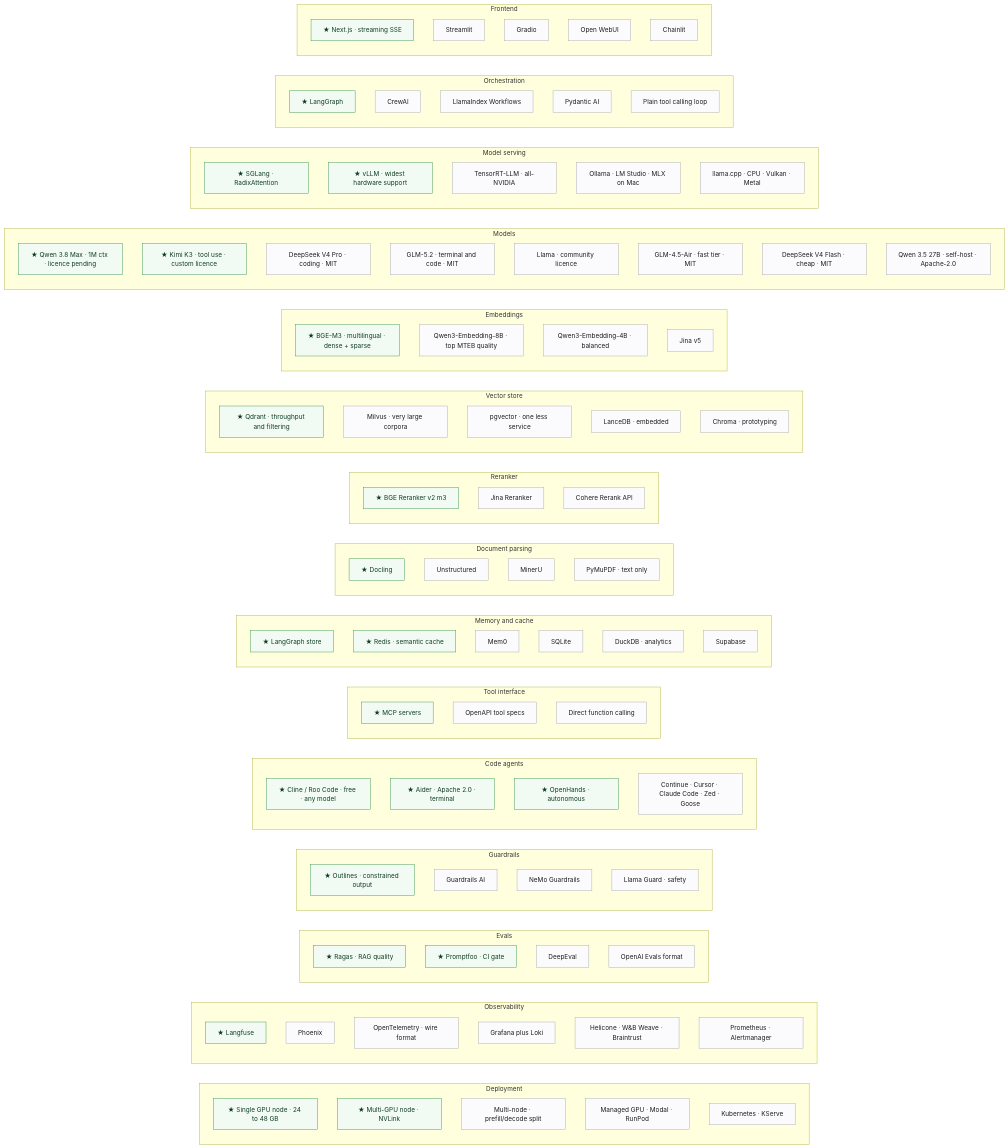
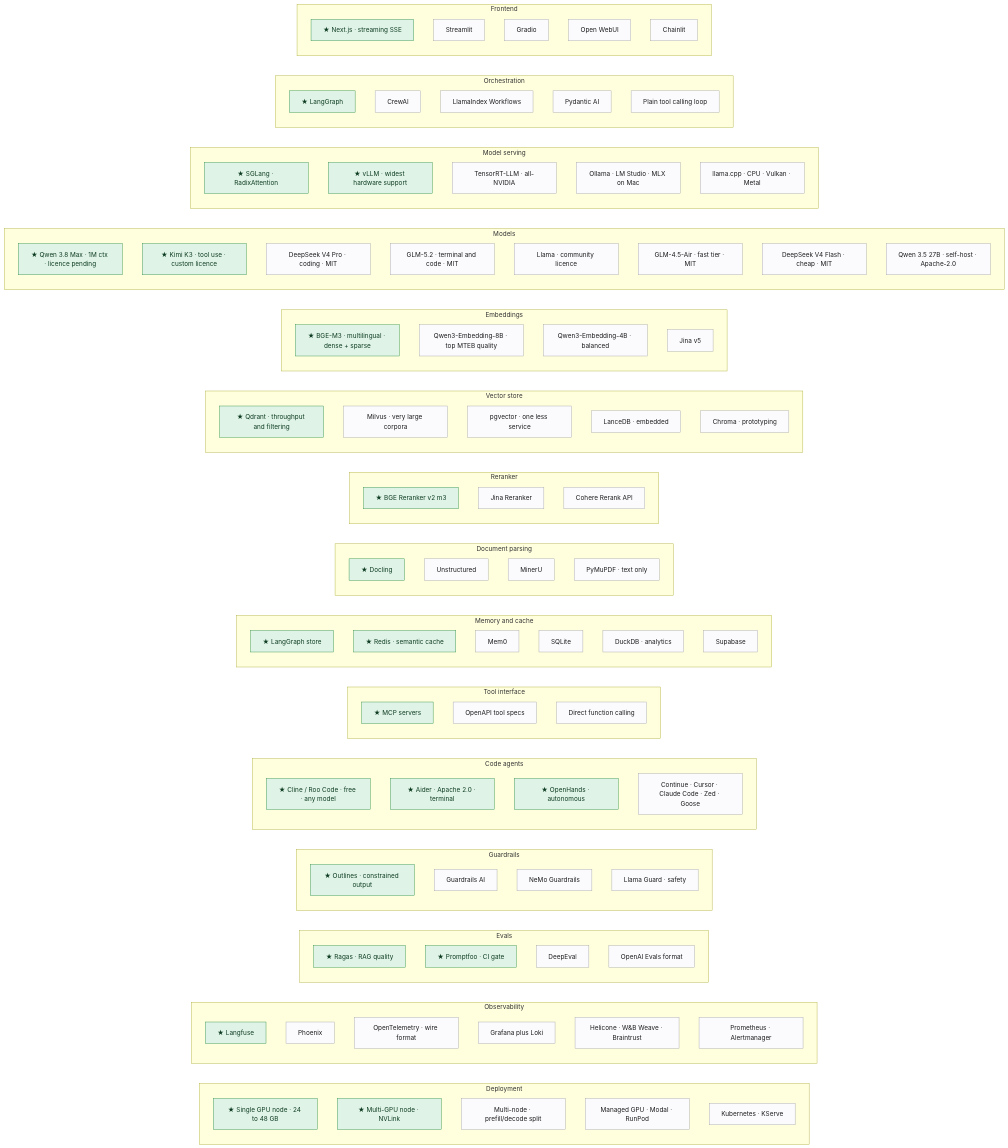
Diagram 17 of 18 in MANUAL.md (mlvpatel/open-weight-agent-stack), drawn with Mermaid before and after one commit. The commit also changed other lines of this file and 36 other files, not shown here.

First line of the commit message:
feat: render diagrams on Pages, richer palette

```diff
--- a/MANUAL.md
+++ b/MANUAL.md
@@ -1510,7 +1510,7 @@
         FE5["Chainlit"]
     end
 
-    classDef pick fill:#f2faf4,stroke:#248a3d,color:#0f3d23
+    classDef pick fill:#dff3e6,stroke:#248a3d,color:#0f3d23
     classDef alt fill:#fbfbfd,stroke:#a1a1a6,color:#1d1d1f
 
     class FE1,OR1,SV1,SV2,MD1,MD2,EM1,VS1,RR1,PA1,ME1,ME2,TL1,CA1,CA2,CA3,GR1,EV1,EV2,OB1,DP1,DP2 pick
```
